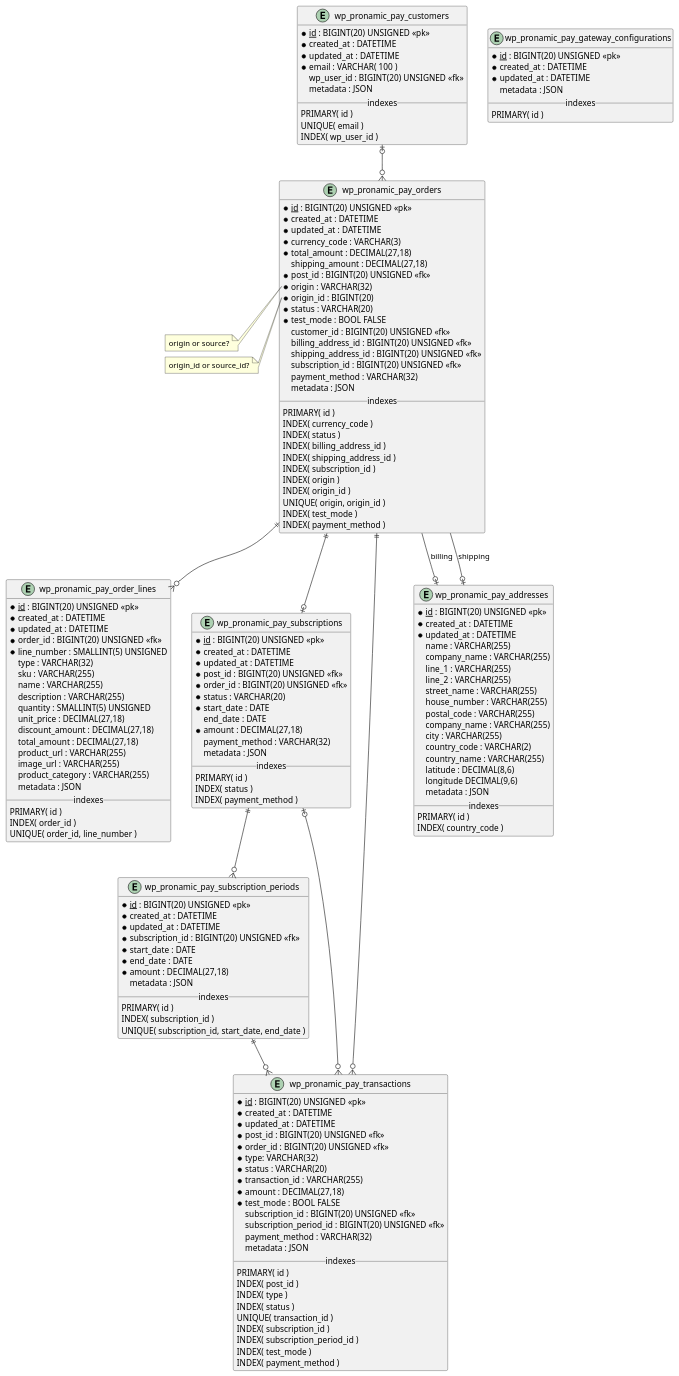
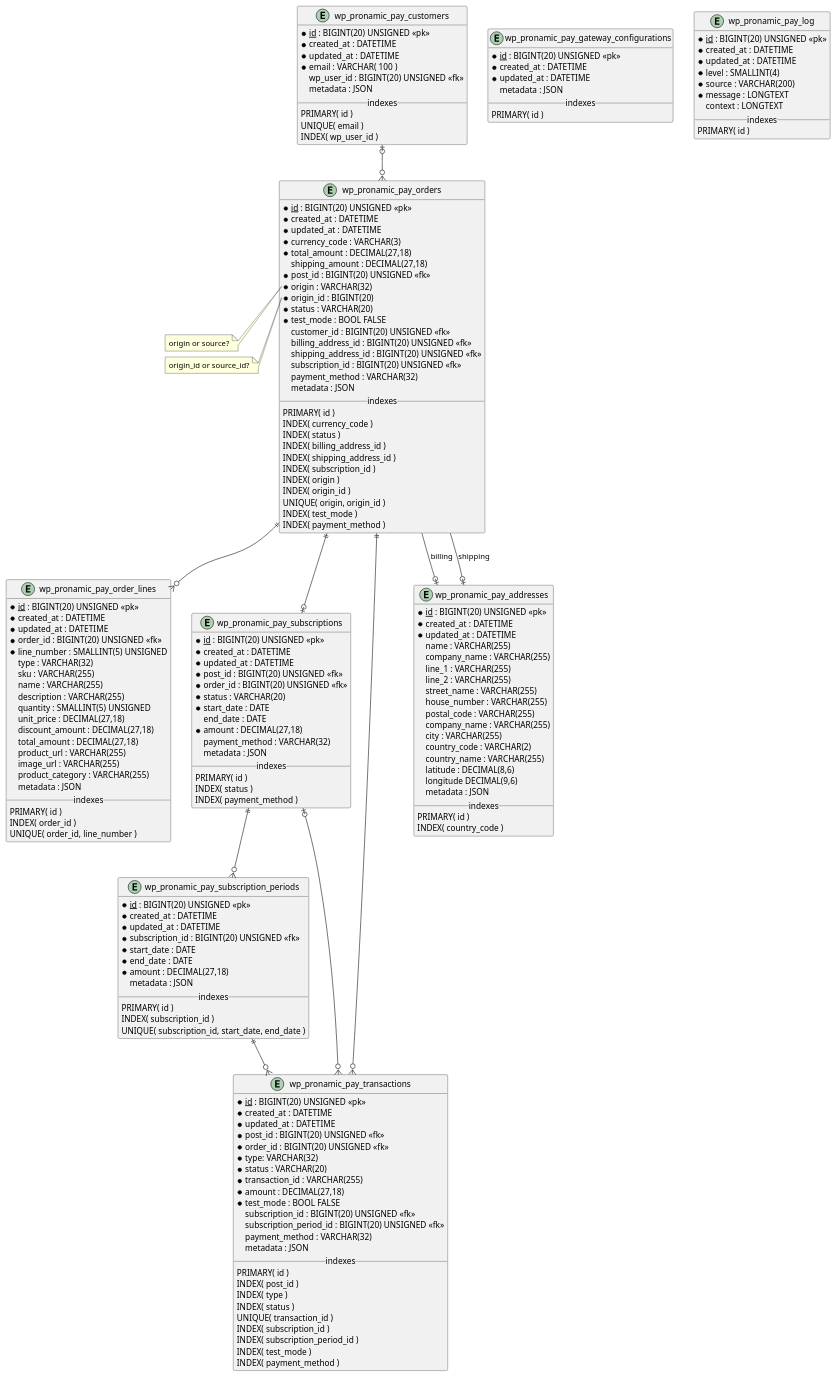
One commit to 8KCool/WordPress-Plugin-iDEAL-Bancontact- changed the diagram in documentation/db.plantuml. Above: the diagram before and after it, drawn with PlantUML.

Commit message:
Added log table like WooCommerce.

```diff
--- a/documentation/db.plantuml
+++ b/documentation/db.plantuml
@@ -174,6 +174,20 @@
 	PRIMARY( id )
 }
 
+' https://github.com/woocommerce/woocommerce/blob/3.8.0/includes/log-handlers/class-wc-log-handler-db.php
+
+entity "wp_pronamic_pay_log" as log {
+	* <u>id</u> : BIGINT(20) UNSIGNED <<pk>>
+	* created_at : DATETIME
+	* updated_at : DATETIME
+	* level : SMALLINT(4)
+	* source : VARCHAR(200)
+	* message : LONGTEXT
+	context : LONGTEXT
+	__ indexes __
+	PRIMARY( id )
+}
+
 customer |o--o{ order
 order --o| address : billing
 order --o| address : shipping
```
